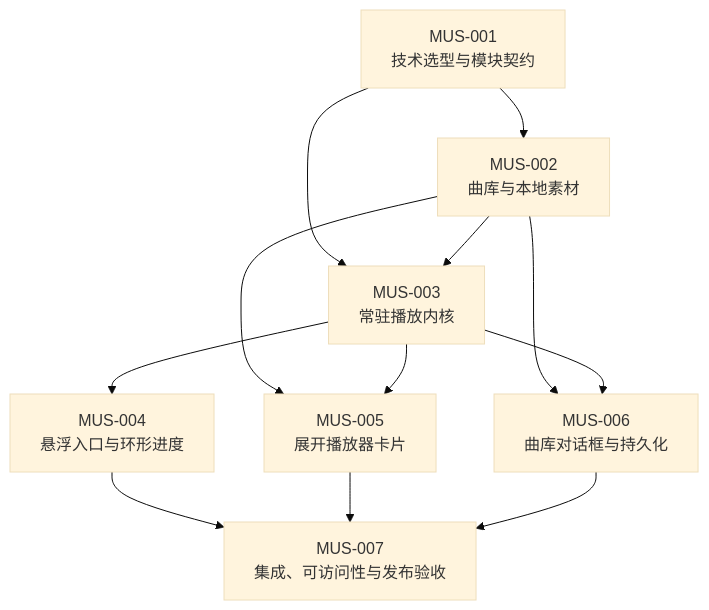
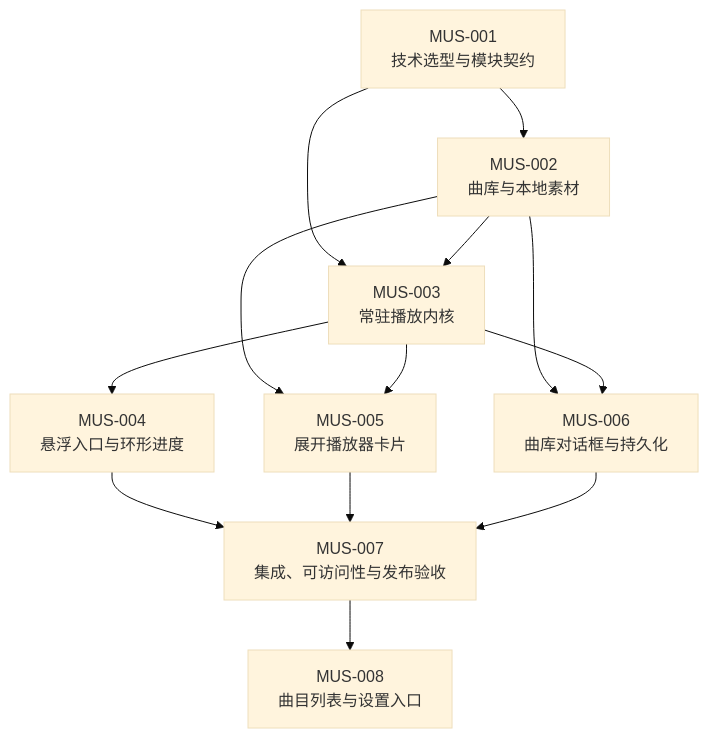
Before and after one commit to jachinzhang1/TouhouFlandre: the second of 2 diagrams in docs/music-player/README.md, drawn with Mermaid (base theme). The commit also changed other lines of this file and 1 other file, not shown here.

````diff
--- a/docs/music-player/README.md
+++ b/docs/music-player/README.md
@@ -98,14 +98,15 @@
 ```mermaid
 flowchart TD
     I1["MUS-001<br/>技术选型与模块契约"] --> I2["MUS-002<br/>曲库与本地素材"]
     I1 --> I3["MUS-003<br/>常驻播放内核"]
     I2 --> I3
     I3 --> I4["MUS-004<br/>悬浮入口与环形进度"]
     I2 --> I5["MUS-005<br/>展开播放器卡片"]
     I3 --> I5
     I2 --> I6["MUS-006<br/>曲库对话框与持久化"]
     I3 --> I6
     I4 --> I7["MUS-007<br/>集成、可访问性与发布验收"]
     I5 --> I7
     I6 --> I7
+    I7 --> I8["MUS-008<br/>曲目列表与设置入口"]
 ```
````
